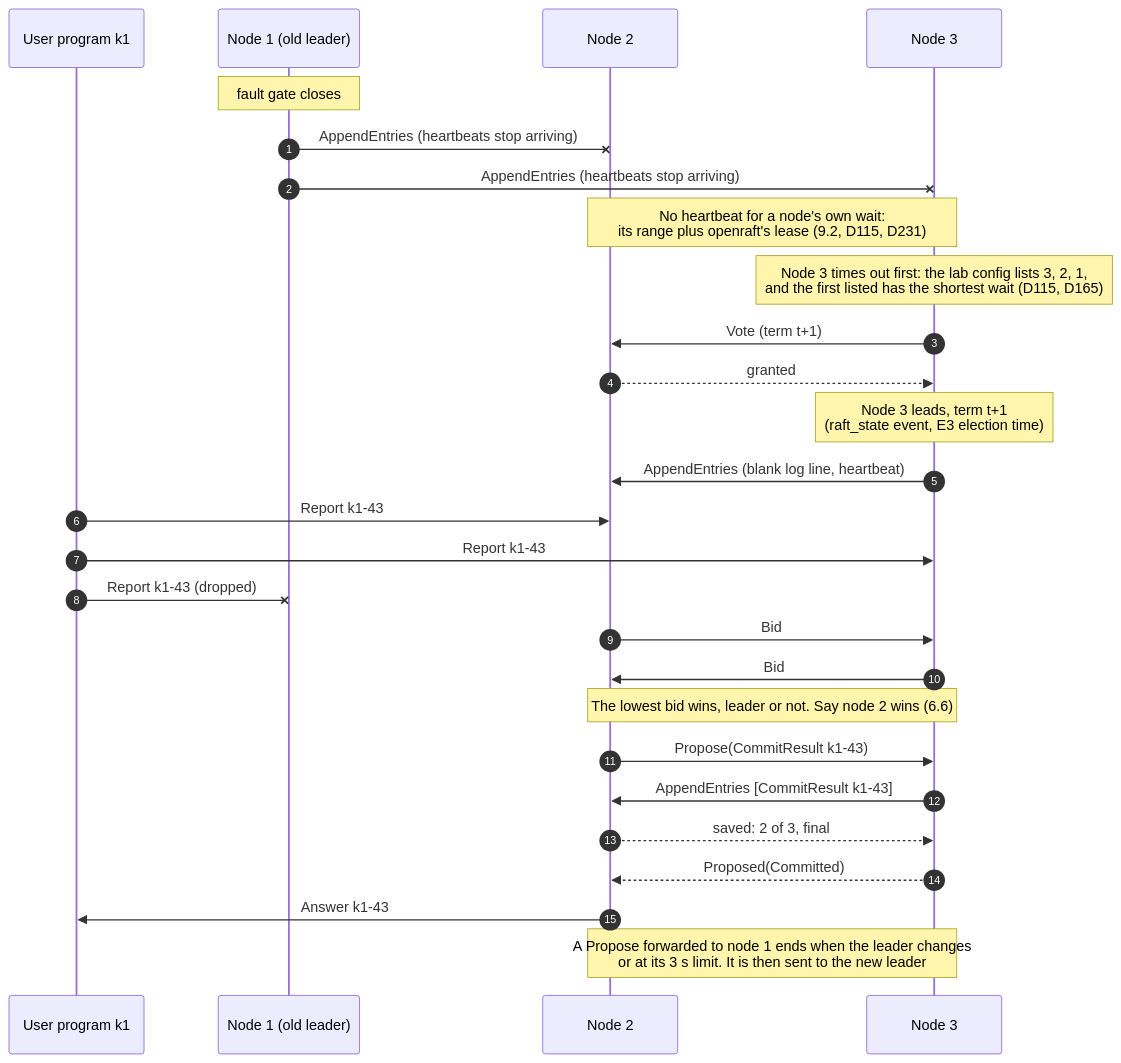
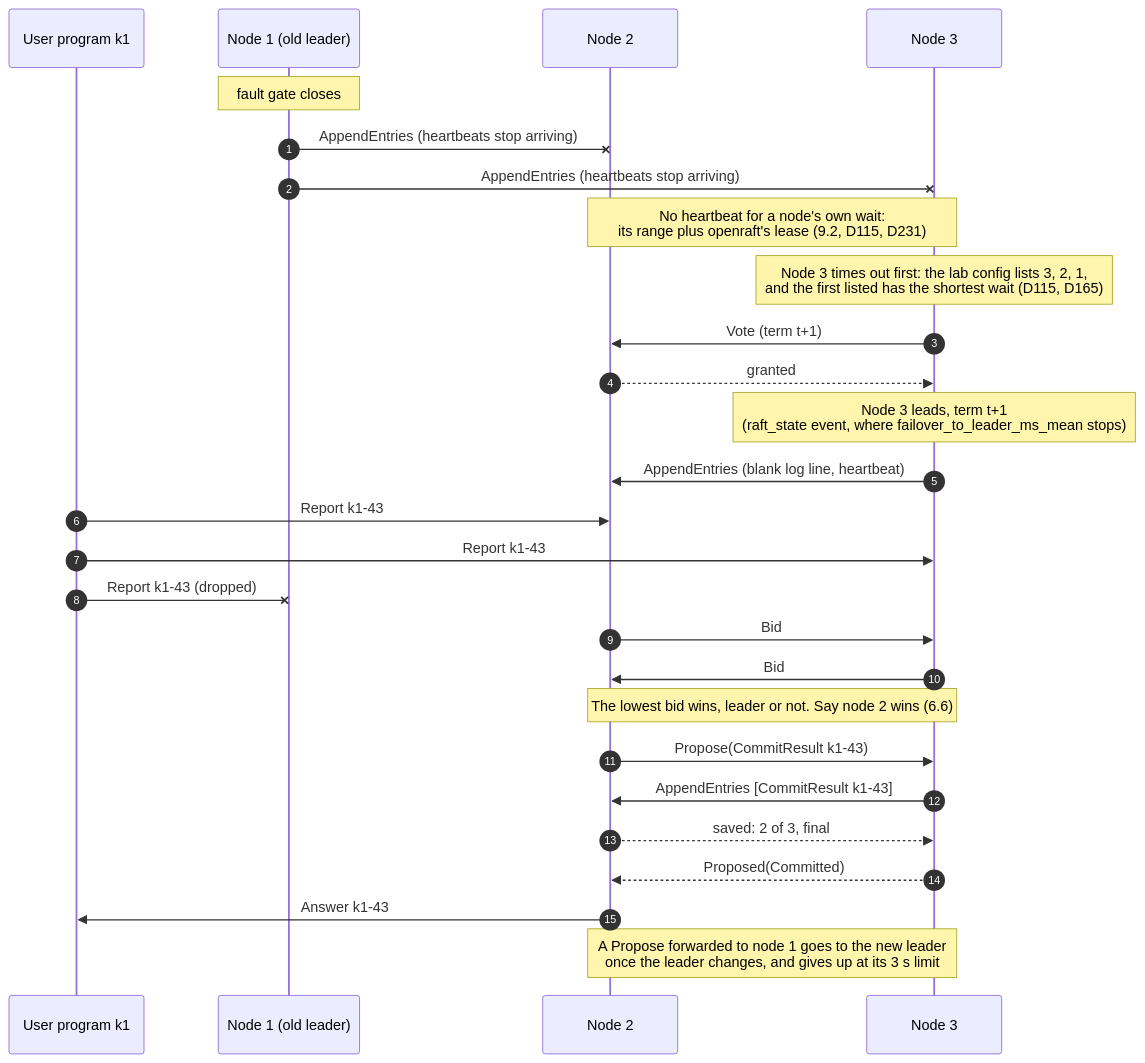
Before and after one commit to noortaytoy1/DistributedSystems: diagram 20 of 48 in docs/architecture.md, drawn with Mermaid. The commit also changed other lines of this file and 1 other file, not shown here.

First line of the commit message:
Correct six lines in the architecture and the priority's row

````diff
--- a/docs/architecture.md
+++ b/docs/architecture.md
@@ -964,29 +964,29 @@
 ```mermaid
 sequenceDiagram
     autonumber
     participant K as User program k1
     participant N1 as Node 1 (old leader)
     participant N2 as Node 2
     participant N3 as Node 3
     Note over N1: fault gate closes
     N1-xN2: AppendEntries (heartbeats stop arriving)
     N1-xN3: AppendEntries (heartbeats stop arriving)
     Note over N2,N3: No heartbeat for a node's own wait:<br/>its range plus openraft's lease (9.2, D115, D231)
     Note over N3: Node 3 times out first: the lab config lists 3, 2, 1,<br/>and the first listed has the shortest wait (D115, D165)
     N3->>N2: Vote (term t+1)
     N2-->>N3: granted
-    Note over N3: Node 3 leads, term t+1<br/>(raft_state event, E3 election time)
+    Note over N3: Node 3 leads, term t+1<br/>(raft_state event, where failover_to_leader_ms_mean stops)
     N3->>N2: AppendEntries (blank log line, heartbeat)
     K->>N2: Report k1-43
     K->>N3: Report k1-43
     K-xN1: Report k1-43 (dropped)
     N2->>N3: Bid
     N3->>N2: Bid
     Note over N2,N3: The lowest bid wins, leader or not. Say node 2 wins (6.6)
     N2->>N3: Propose(CommitResult k1-43)
     N3->>N2: AppendEntries [CommitResult k1-43]
     N2-->>N3: saved: 2 of 3, final
     N3-->>N2: Proposed(Committed)
     N2->>K: Answer k1-43
-    Note over N2,N3: A Propose forwarded to node 1 ends when the leader changes<br/>or at its 3 s limit. It is then sent to the new leader
+    Note over N2,N3: A Propose forwarded to node 1 goes to the new leader<br/>once the leader changes, and gives up at its 3 s limit
 ```
````
